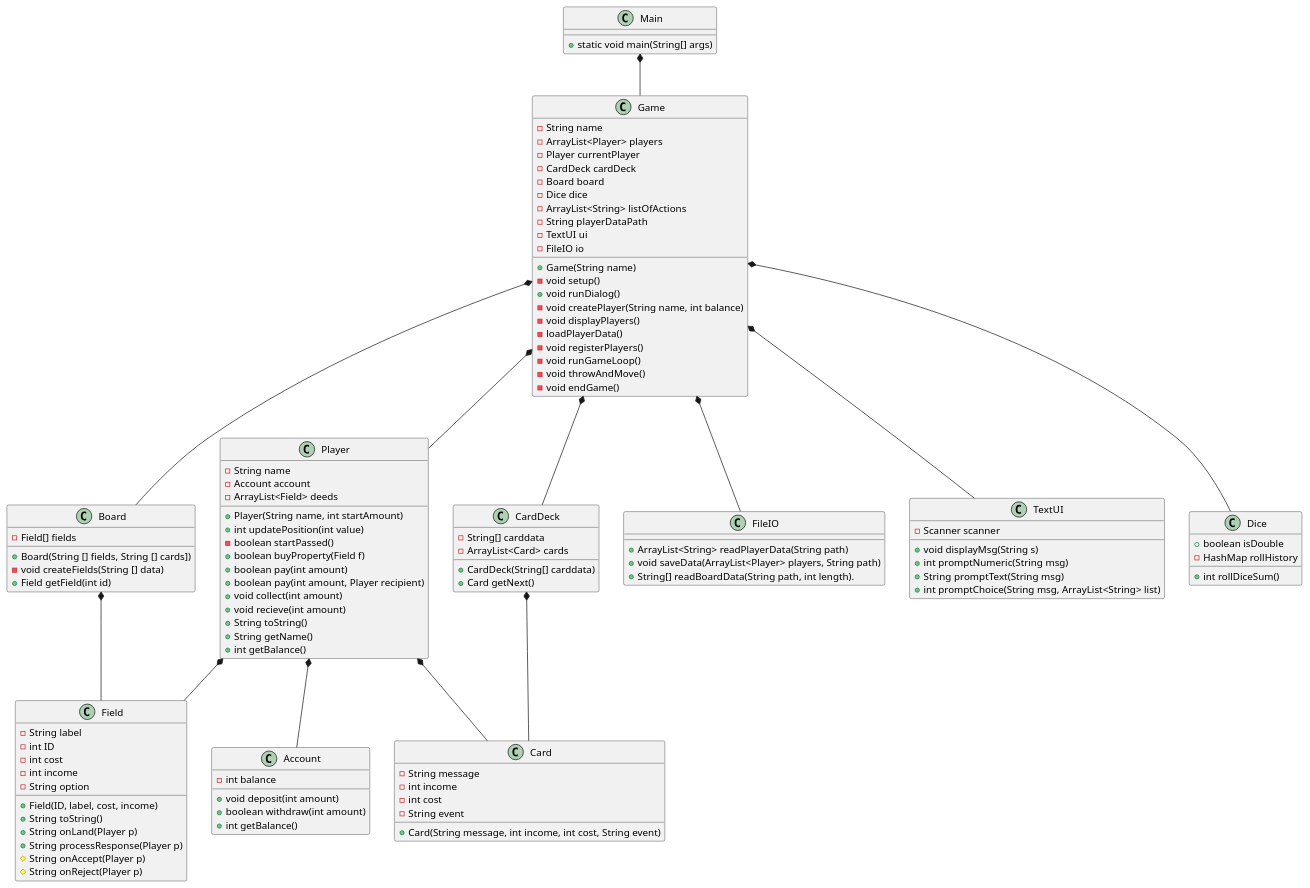
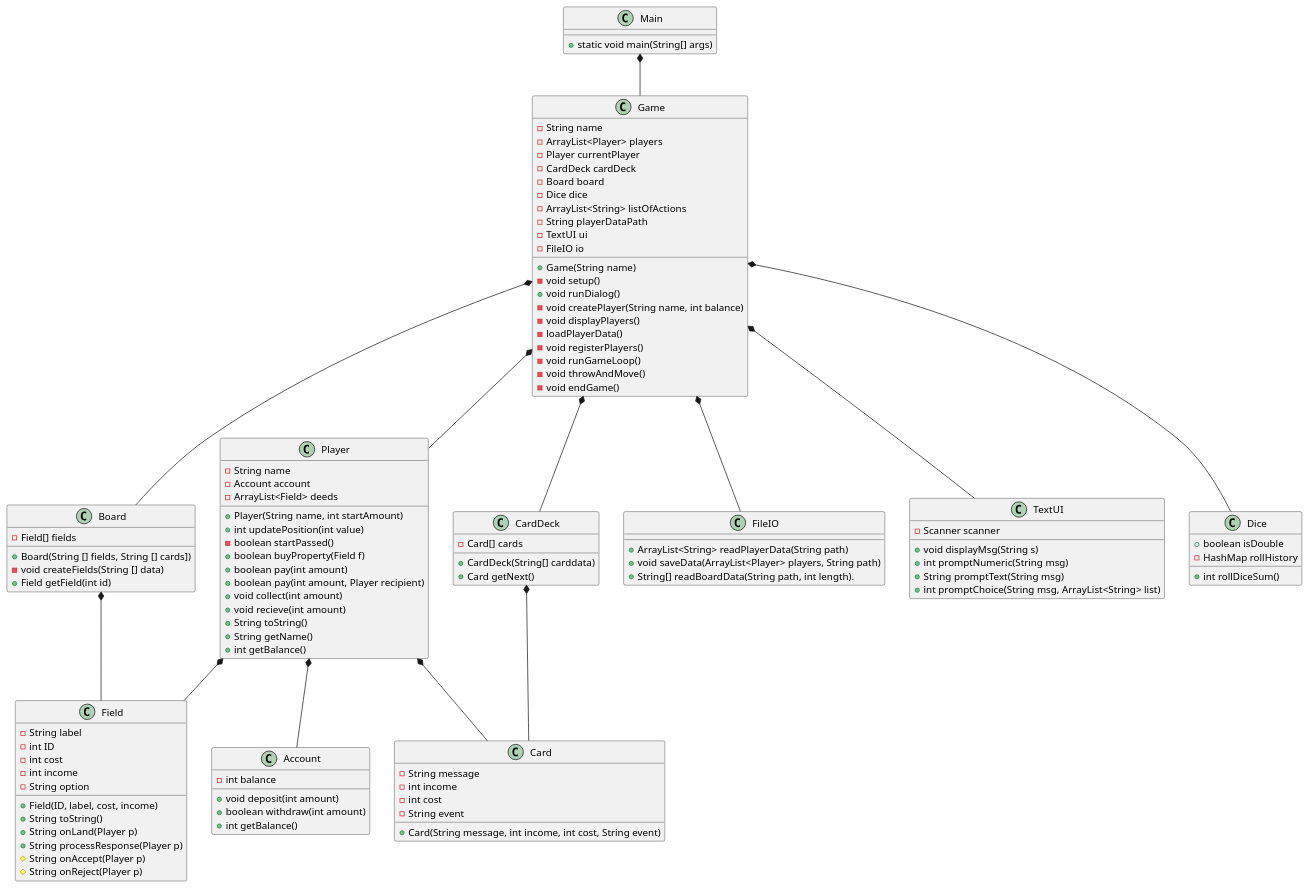
The diagram in doc/Plan/static/classdiagram_v1.puml (Dat1Cphbusiness/MonopolyE24), drawn with PlantUML before and after one commit. The commit also changed 9 other files, not shown here.

```diff
--- a/doc/Plan/static/classdiagram_v1.puml
+++ b/doc/Plan/static/classdiagram_v1.puml
@@ -1,125 +1,124 @@
 @startuml
 class Main{
 + static void main(String[] args)
 }
 
 
 
 class Game{
  - String name
  - ArrayList<Player> players
  - Player currentPlayer
  - CardDeck cardDeck
  - Board board
  - Dice dice
  'utilities
   - ArrayList<String> listOfActions
   - String playerDataPath
   - TextUI ui
   - FileIO io
   'Contructor
  + Game(String name)
  'Methods
  - void setup()
  + void runDialog()
  - void createPlayer(String name, int balance)
  - void displayPlayers()
   - loadPlayerData()
  - void registerPlayers()
  - void runGameLoop()
  - void throwAndMove()
  - void endGame()
 
 }
 
 class Player{
 - String name
 - Account account
 - ArrayList<Field> deeds
 + Player(String name, int startAmount)
 + int updatePosition(int value)
 - boolean startPassed()
 + boolean buyProperty(Field f)
 + boolean pay(int amount)
 + boolean pay(int amount, Player recipient)
 + void collect(int amount)
 + void recieve(int amount)
 + String toString()
 + String getName()
 + int getBalance()
 }
 class Account{
 - int balance
 + void deposit(int amount)
 + boolean withdraw(int amount)
 + int getBalance()
 }
 
 class FileIO{
 + ArrayList<String> readPlayerData(String path)
 + void saveData(ArrayList<Player> players, String path)
 + String[] readBoardData(String path, int length).
 }
 
 class TextUI{
 - Scanner scanner
 + void displayMsg(String s)
 + int promptNumeric(String msg)
 + String promptText(String msg)
 + int promptChoice(String msg, ArrayList<String> list)
 }
 
 class Field{
 - String label
  - int ID
  - int cost
  - int income
  - String option
  + Field(ID, label, cost, income)
  + String toString()
  + String onLand(Player p)
  + String processResponse(Player p)
  # String onAccept(Player p)
  # String onReject(Player p)
 }
 class Board{
  - Field[] fields
  + Board(String [] fields, String [] cards])
  - void createFields(String [] data)
  + Field getField(int id)
 }
 
 class CardDeck {
-- String[] carddata
-- ArrayList<Card> cards
+- Card[] cards
 + CardDeck(String[] carddata)
 + Card getNext()
 }
 class Card{
 -String message
 -int income
 -int cost
 -String event
 +Card(String message, int income, int cost, String event)
 }
 
 class Dice{
  +boolean isDouble
  -HashMap rollHistory
  +int rollDiceSum()
  }
 
 Game *-- TextUI
 Main *-- Game
 Game *-- Player
 Game *-- FileIO
 Player *-- Account
 Game *-- Board
 Board *-- Field
 Game *-- CardDeck
 CardDeck *-- Card
 Game *-- Dice
 Player *-- Card
 Player *-- Field
 
 @enduml
```
